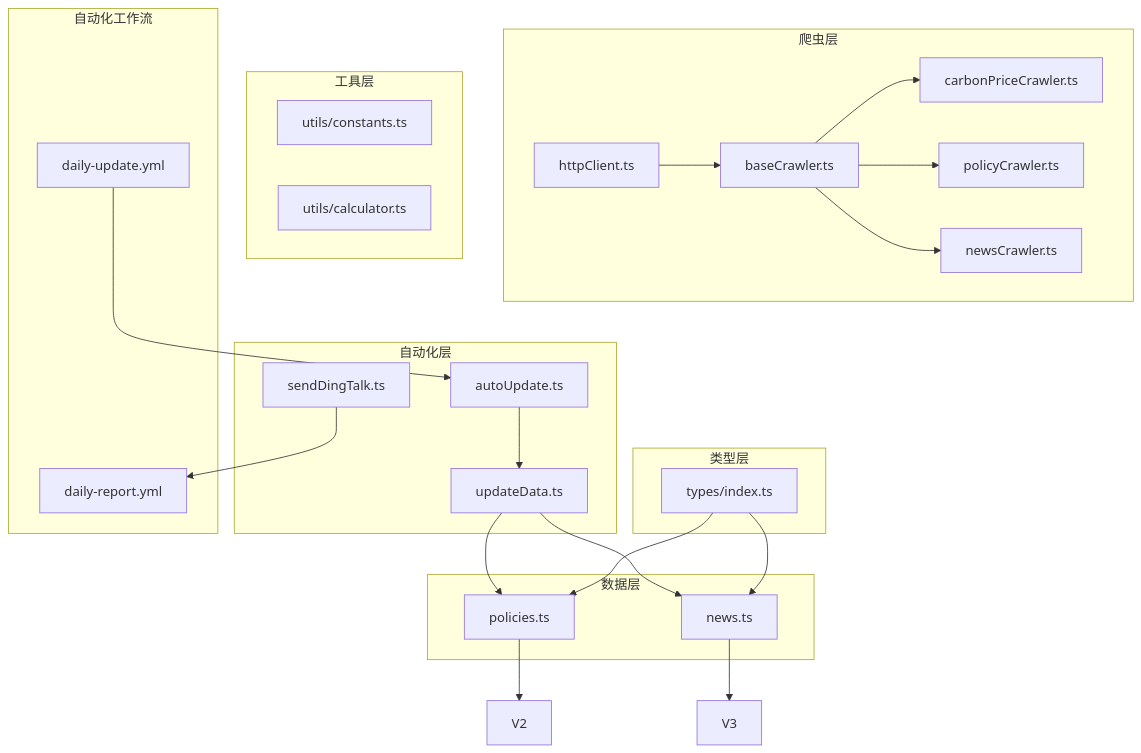
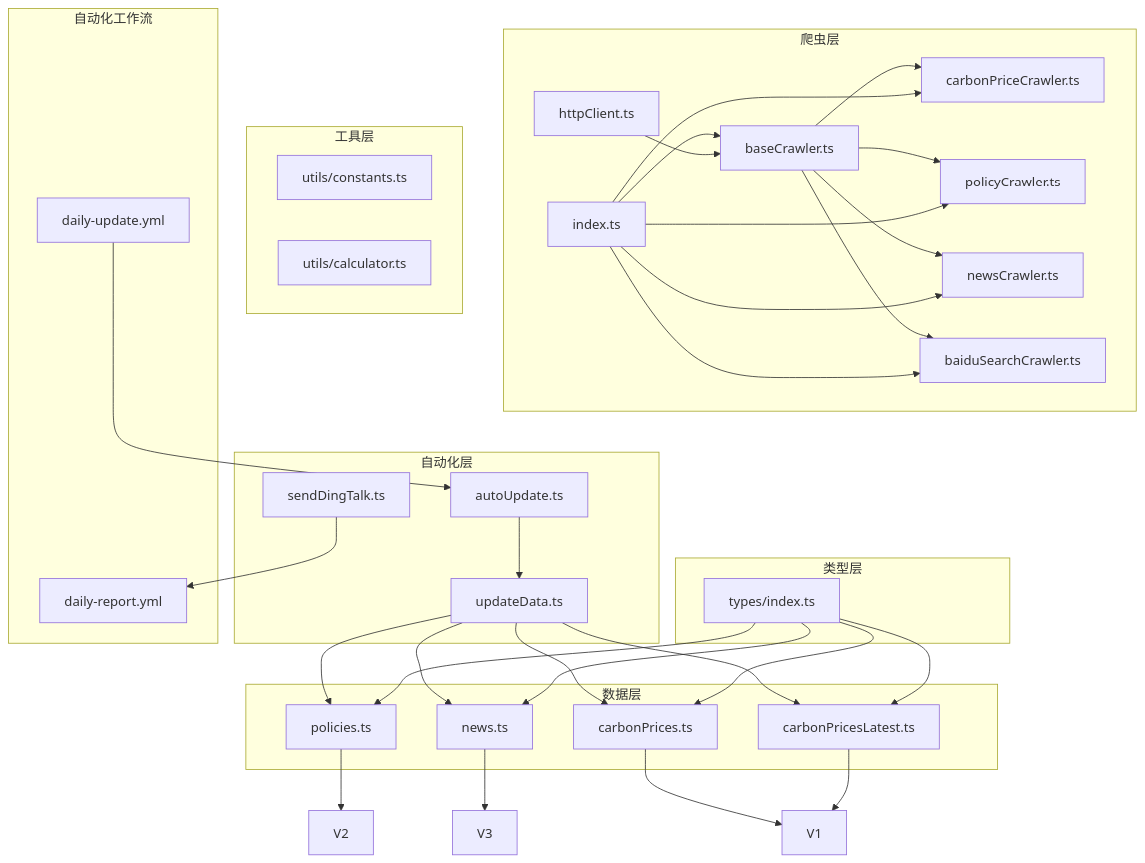
The first of 6 diagrams in .qoder/repowiki/zh/content/数据管理/数据管理.md (liangxuanliang-cmd/carbon-info-agent), drawn with Mermaid before and after one commit. The commit also changed other lines of this file and 6 other files, not shown here.

````diff
--- a/.qoder/repowiki/zh/content/数据管理/数据管理.md
+++ b/.qoder/repowiki/zh/content/数据管理/数据管理.md
@@ -54,43 +57,59 @@
 ```mermaid
 graph TB
 subgraph "爬虫层"
 C1["baseCrawler.ts"]
 C2["carbonPriceCrawler.ts"]
 C3["policyCrawler.ts"]
 C4["newsCrawler.ts"]
+C5["baiduSearchCrawler.ts"]
+C6["index.ts"]
 U1["httpClient.ts"]
 end
 subgraph "自动化层"
 A1["autoUpdate.ts"]
 A2["updateData.ts"]
 A3["sendDingTalk.ts"]
 end
 subgraph "数据层"
 D1["policies.ts"]
 D2["news.ts"]
+D3["carbonPrices.ts"]
+D4["carbonPricesLatest.ts"]
 end
 subgraph "类型层"
 T1["types/index.ts"]
 end
 subgraph "工具层"
 U2["utils/constants.ts"]
 U3["utils/calculator.ts"]
 end
 subgraph "自动化工作流"
 W1["daily-update.yml"]
 W2["daily-report.yml"]
 end
 C1 --> C2
 C1 --> C3
 C1 --> C4
+C1 --> C5
+C6 --> C1
+C6 --> C2
+C6 --> C3
+C6 --> C4
+C6 --> C5
 U1 --> C1
 A1 --> A2
 A2 --> D1
 A2 --> D2
+A2 --> D3
+A2 --> D4
 A3 --> W2
 W1 --> A1
 D1 --> V2
 D2 --> V3
+D3 --> V1
+D4 --> V1
 T1 --> D1
 T1 --> D2
+T1 --> D3
+T1 --> D4
 ```
````
